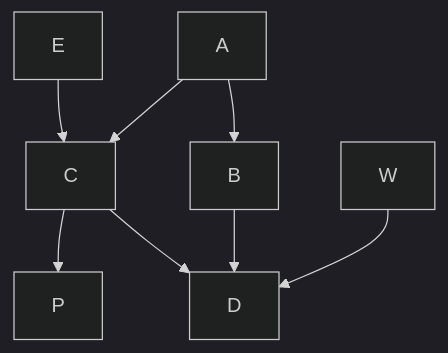
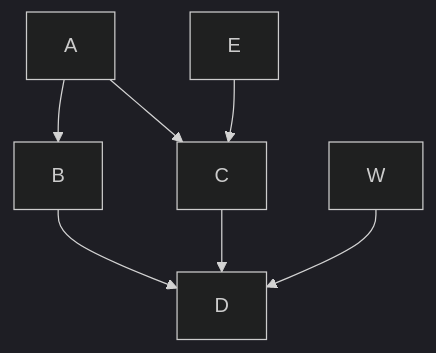
One commit to vdekercd/vdekercd changed the diagram in mermaids/graph.mermaid. Above: the diagram before and after it, drawn with Mermaid (dark theme).

```diff
--- a/mermaids/graph.mermaid
+++ b/mermaids/graph.mermaid
@@ -1,8 +1,7 @@
 graph TD;
     A-->B;
     A-->C;
     B-->D;
     C-->D;
     W-->D;
     E-->C;
-    C-->P;
```
